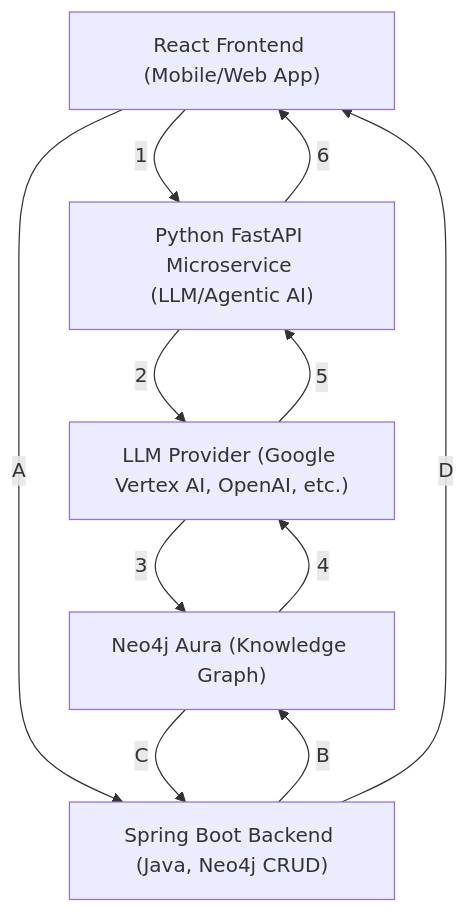
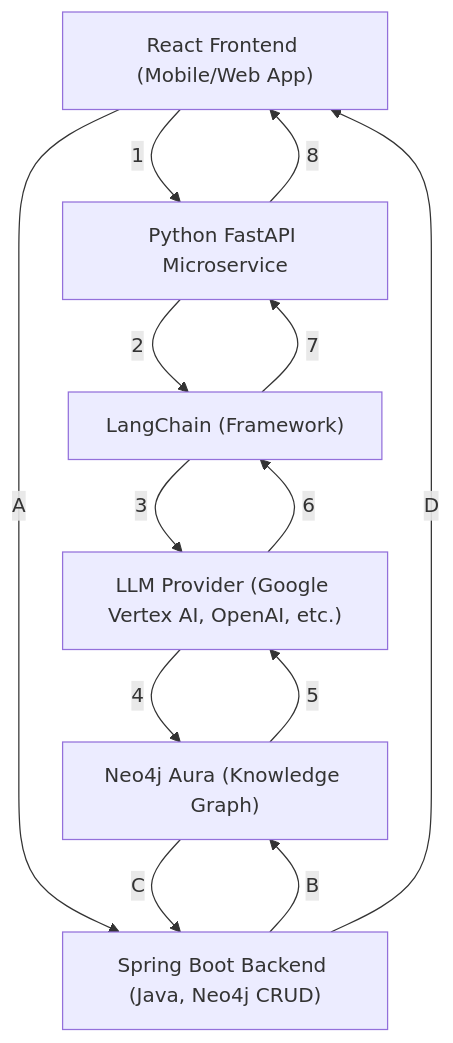
One commit to tnhgeneric/Agentic-onto changed the diagram in apps/agentic-backend/README.md. Above: the diagram before and after it, drawn with Mermaid. The commit also changed other lines of this file and 3 other files, not shown here.

Commit message:
docs: add Eraser architecture diagram PNG and update README.md

````diff
--- a/apps/agentic-backend/README.md
+++ b/apps/agentic-backend/README.md
@@ -9,14 +9,16 @@
 ```mermaid
 graph TD
-    A["React Frontend (Mobile/Web App)"] -- "1" --> B["Python FastAPI Microservice (LLM/Agentic AI)"]
-    B -- "2" --> C["LLM Provider (Google Vertex AI, OpenAI, etc.)"]
-    C -- "3" --> D["Neo4j Aura (Knowledge Graph)"]
-    D -- "4" --> C
-    C -- "5" --> B
-    B -- "6" --> A
+    A["React Frontend (Mobile/Web App)"] -- "1" --> B["Python FastAPI Microservice"]
+    B -- "2" --> F["LangChain (Framework)"]
+    F -- "3" --> C["LLM Provider (Google Vertex AI, OpenAI, etc.)"]
+    C -- "4" --> D["Neo4j Aura (Knowledge Graph)"]
+    D -- "5" --> C
+    C -- "6" --> F
+    F -- "7" --> B
+    B -- "8" --> A
     E["Spring Boot Backend (Java, Neo4j CRUD)"]
     A -- "A" --> E
     E -- "B" --> D
     D -- "C" --> E
     E -- "D" --> A
 ```
````
